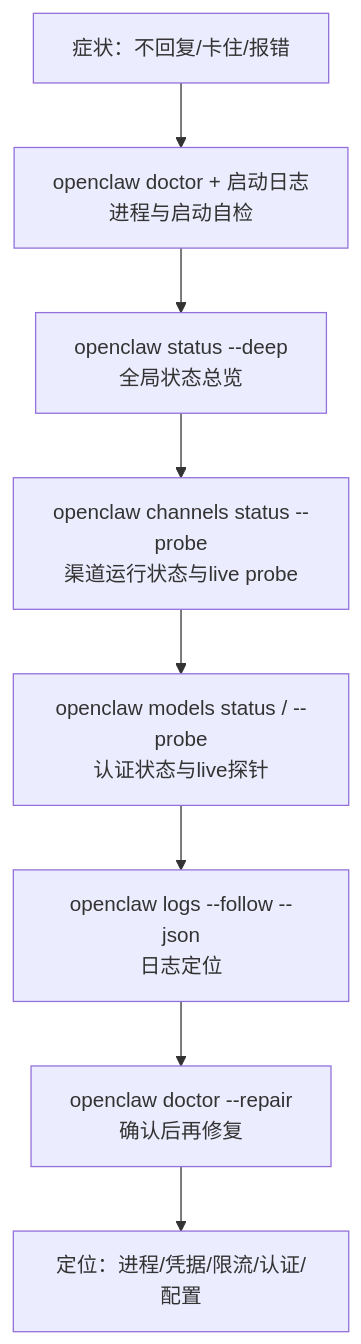
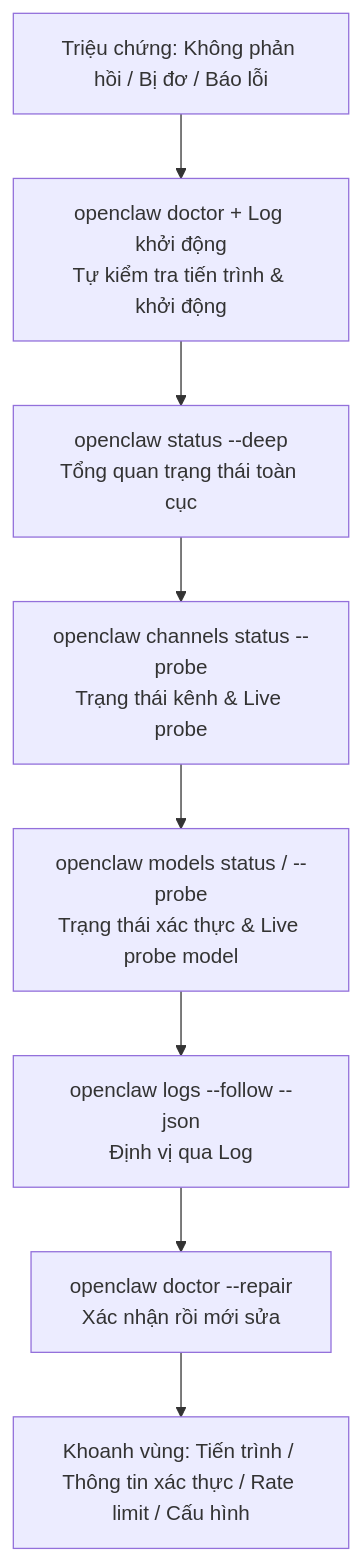
The diagram in 03_minimal_loop/3.2_diagnostics.md (dino-edu/openclaw_guide), drawn with Mermaid before and after one commit. The commit also changed other lines of this file and 24 other files, not shown here.

````diff
--- a/03_minimal_loop/3.2_diagnostics.md
+++ b/03_minimal_loop/3.2_diagnostics.md
@@ -20,10 +20,10 @@
 ```mermaid
 flowchart TD
-    Start["症状：不回复/卡住/报错"] --> S1["openclaw doctor + 启动日志<br/>进程与启动自检"]
-    S1 --> S1a["openclaw status --deep<br/>全局状态总览"]
-    S1a --> S2["openclaw channels status --probe<br/>渠道运行状态与live probe"]
-    S2 --> S3["openclaw models status / --probe<br/>认证状态与live探针"]
-    S3 --> S4["openclaw logs --follow --json<br/>日志定位"]
-    S4 --> Fix["openclaw doctor --repair<br/>确认后再修复"]
-    Fix --> End["定位：进程/凭据/限流/认证/配置"]
+    Start["Triệu chứng: Không phản hồi / Bị đơ / Báo lỗi"] --> S1["openclaw doctor + Log khởi động<br/>Tự kiểm tra tiến trình & khởi động"]
+    S1 --> S1a["openclaw status --deep<br/>Tổng quan trạng thái toàn cục"]
+    S1a --> S2["openclaw channels status --probe<br/>Trạng thái kênh & Live probe"]
+    S2 --> S3["openclaw models status / --probe<br/>Trạng thái xác thực & Live probe model"]
+    S3 --> S4["openclaw logs --follow --json<br/>Định vị qua Log"]
+    S4 --> Fix["openclaw doctor --repair<br/>Xác nhận rồi mới sửa"]
+    Fix --> End["Khoanh vùng: Tiến trình / Thông tin xác thực / Rate limit / Cấu hình"]
 ```
````
